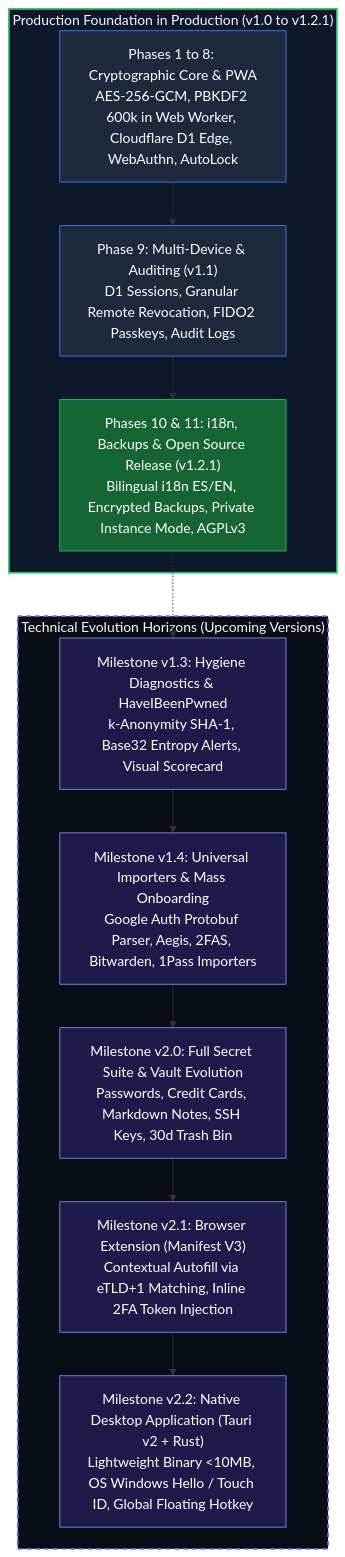
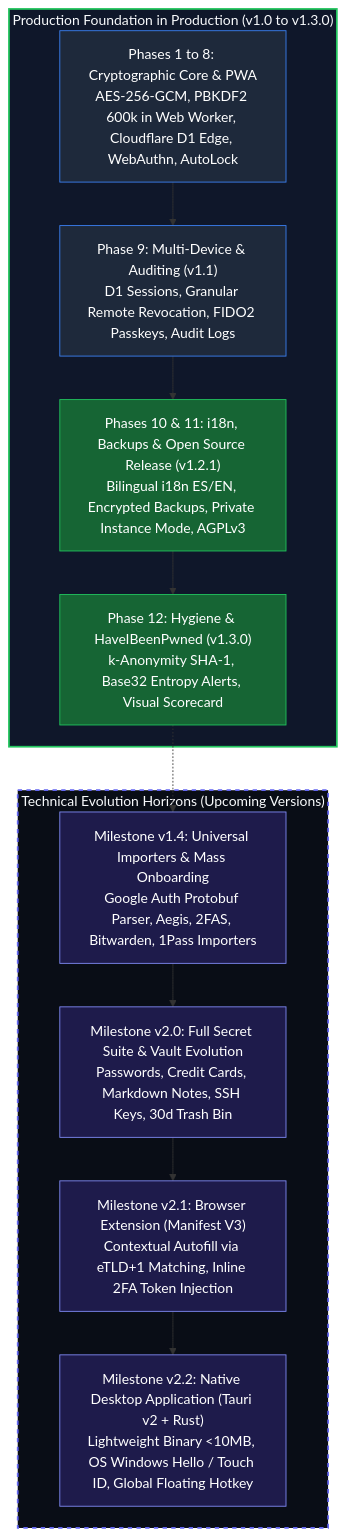
The diagram in docs/en/05-ROADMAP.md (Revolt-Group/revolt-pass), drawn with Mermaid before and after one commit. The commit also changed other lines of this file and 18 other files, not shown here.

Commit message:
feat: release v1.3.0 - security health check, vault hygiene diagnostics and HIBP k-anonymity leak checker

````diff
--- a/docs/en/05-ROADMAP.md
+++ b/docs/en/05-ROADMAP.md
@@ -22,29 +22,29 @@
 ```mermaid
 flowchart TD
-    subgraph COMPLETADAS ["Production Foundation in Production (v1.0 to v1.2.1)"]
+    subgraph COMPLETADAS ["Production Foundation in Production (v1.0 to v1.3.0)"]
         v10["Phases 1 to 8: Cryptographic Core & PWA<br/>AES-256-GCM, PBKDF2 600k in Web Worker, Cloudflare D1 Edge, WebAuthn, AutoLock"]
         v11["Phase 9: Multi-Device & Auditing (v1.1)<br/>D1 Sessions, Granular Remote Revocation, FIDO2 Passkeys, Audit Logs"]
         v12["Phases 10 & 11: i18n, Backups & Open Source Release (v1.2.1)<br/>Bilingual i18n ES/EN, Encrypted Backups, Private Instance Mode, AGPLv3"]
-        v10 --> v11 --> v12
+        v13["Phase 12: Hygiene & HaveIBeenPwned (v1.3.0)<br/>k-Anonymity SHA-1, Base32 Entropy Alerts, Visual Scorecard"]
+        v10 --> v11 --> v12 --> v13
     end
 
     subgraph PROXIMAS ["Technical Evolution Horizons (Upcoming Versions)"]
-        v13["Milestone v1.3: Hygiene Diagnostics & HaveIBeenPwned<br/>k-Anonymity SHA-1, Base32 Entropy Alerts, Visual Scorecard"]
         v14["Milestone v1.4: Universal Importers & Mass Onboarding<br/>Google Auth Protobuf Parser, Aegis, 2FAS, Bitwarden, 1Pass Importers"]
         v20["Milestone v2.0: Full Secret Suite & Vault Evolution<br/>Passwords, Credit Cards, Markdown Notes, SSH Keys, 30d Trash Bin"]
         v21["Milestone v2.1: Browser Extension (Manifest V3)<br/>Contextual Autofill via eTLD+1 Matching, Inline 2FA Token Injection"]
         v22["Milestone v2.2: Native Desktop Application (Tauri v2 + Rust)<br/>Lightweight Binary <10MB, OS Windows Hello / Touch ID, Global Floating Hotkey"]
-        v12 -.-> v13 --> v14 --> v20 --> v21 --> v22
+        v13 -.-> v14 --> v20 --> v21 --> v22
     end
 
     style COMPLETADAS fill:#0f172a,stroke:#22c55e,stroke-width:2px,color:#f8fafc
     style PROXIMAS fill:#090d16,stroke:#6366f1,stroke-width:2px,stroke-dasharray: 5 5,color:#f8fafc
     style v10 fill:#1e293b,stroke:#3b82f6,color:#fff
     style v11 fill:#1e293b,stroke:#3b82f6,color:#fff
     style v12 fill:#166534,stroke:#22c55e,color:#fff
-    style v13 fill:#1e1b4b,stroke:#818cf8,color:#fff
+    style v13 fill:#166534,stroke:#22c55e,color:#fff
     style v14 fill:#1e1b4b,stroke:#818cf8,color:#fff
     style v20 fill:#1e1b4b,stroke:#818cf8,color:#fff
     style v21 fill:#1e1b4b,stroke:#818cf8,color:#fff
     style v22 fill:#1e1b4b,stroke:#818cf8,color:#fff
 ```
````
